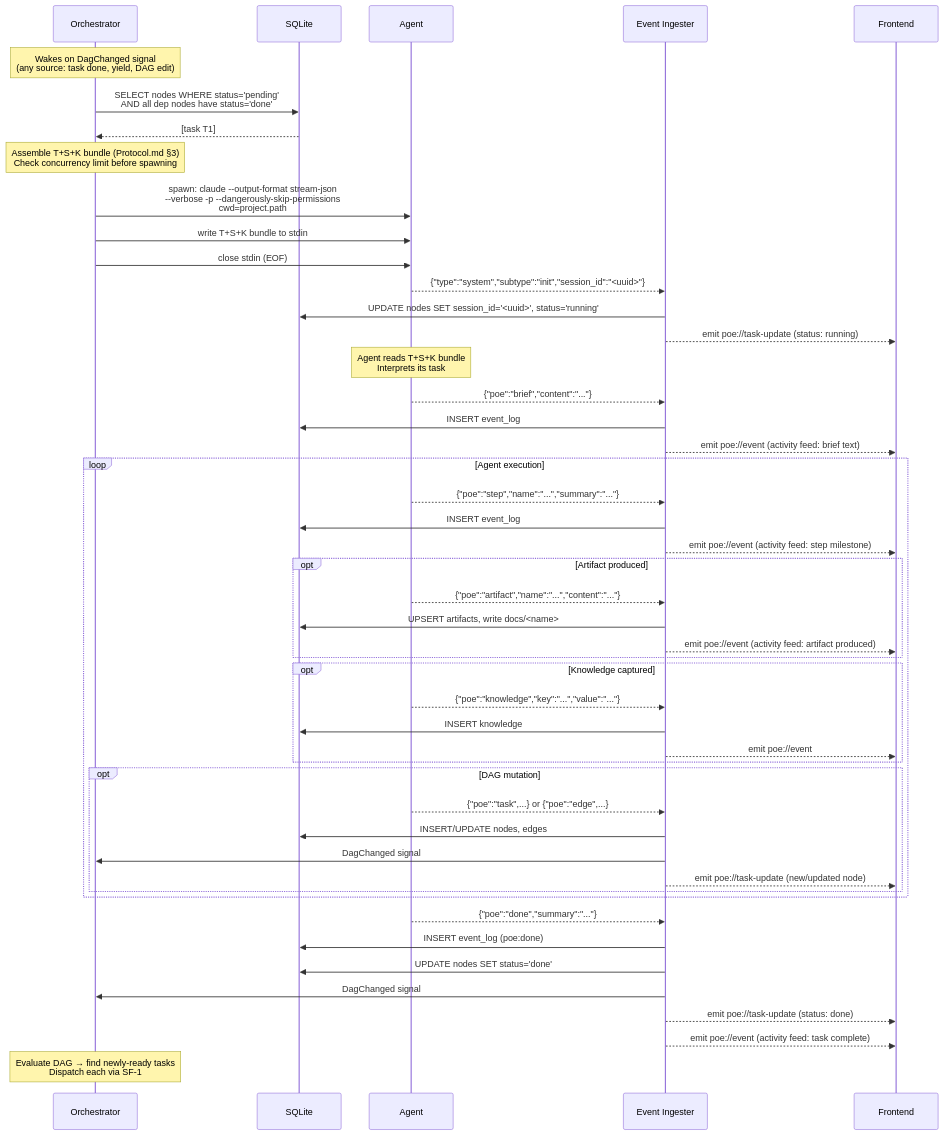
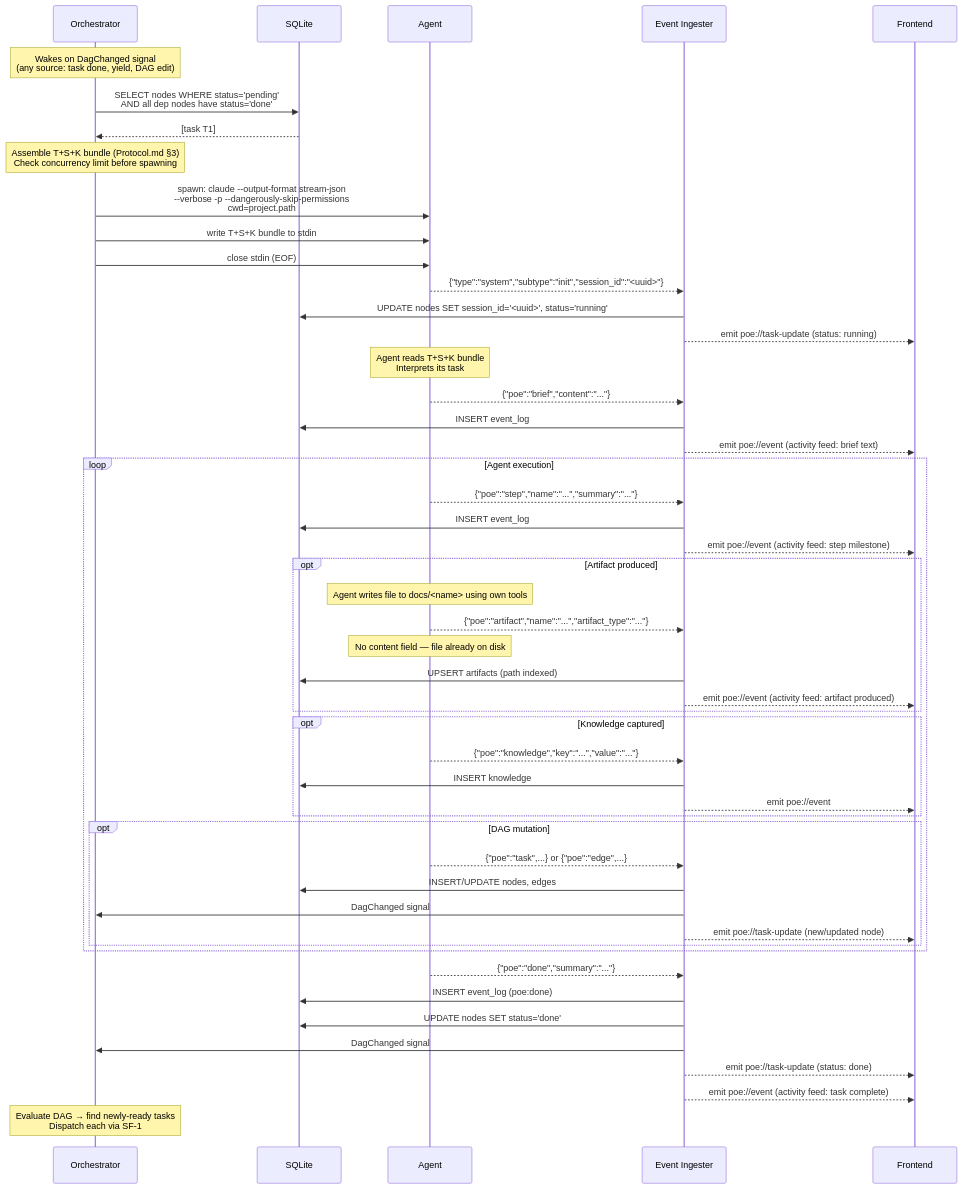
One commit to grant-traynor/bp6 changed the third of 10 diagrams in doc-POE/Flows.md. Above: the diagram before and after it, drawn with Mermaid. The commit also changed other lines of this file and 3 other files, not shown here.

````diff
--- a/doc-POE/Flows.md
+++ b/doc-POE/Flows.md
@@ -520,63 +521,65 @@
 ```mermaid
 sequenceDiagram
     participant Orch as Orchestrator
     participant DB as SQLite
     participant A as Agent
     participant Ing as Event Ingester
     participant FE as Frontend
 
     Note over Orch: Wakes on DagChanged signal<br/>(any source: task done, yield, DAG edit)
 
     Orch->>DB: SELECT nodes WHERE status='pending'<br/>AND all dep nodes have status='done'
     DB-->>Orch: [task T1]
 
     Note over Orch: Assemble T+S+K bundle (Protocol.md §3)<br/>Check concurrency limit before spawning
 
     Orch->>A: spawn: claude --output-format stream-json<br/>--verbose -p --dangerously-skip-permissions<br/>cwd=project.path
     Orch->>A: write T+S+K bundle to stdin
     Orch->>A: close stdin (EOF)
 
     A-->>Ing: {"type":"system","subtype":"init","session_id":"<uuid>"}
     Ing->>DB: UPDATE nodes SET session_id='<uuid>', status='running'
     Ing-->>FE: emit poe://task-update (status: running)
 
     Note over A: Agent reads T+S+K bundle<br/>Interprets its task
 
     A-->>Ing: {"poe":"brief","content":"..."}
     Ing->>DB: INSERT event_log
     Ing-->>FE: emit poe://event (activity feed: brief text)
 
     loop Agent execution
         A-->>Ing: {"poe":"step","name":"...","summary":"..."}
         Ing->>DB: INSERT event_log
         Ing-->>FE: emit poe://event (activity feed: step milestone)
 
         opt Artifact produced
-            A-->>Ing: {"poe":"artifact","name":"...","content":"..."}
-            Ing->>DB: UPSERT artifacts, write docs/<name>
+            Note over A: Agent writes file to docs/<name> using own tools
+            A-->>Ing: {"poe":"artifact","name":"...","artifact_type":"..."}
+            Note over A: No content field — file already on disk
+            Ing->>DB: UPSERT artifacts (path indexed)
             Ing-->>FE: emit poe://event (activity feed: artifact produced)
         end
 
         opt Knowledge captured
             A-->>Ing: {"poe":"knowledge","key":"...","value":"..."}
             Ing->>DB: INSERT knowledge
             Ing-->>FE: emit poe://event
         end
 
         opt DAG mutation
             A-->>Ing: {"poe":"task",...} or {"poe":"edge",...}
             Ing->>DB: INSERT/UPDATE nodes, edges
             Ing->>Orch: DagChanged signal
             Ing-->>FE: emit poe://task-update (new/updated node)
         end
     end
 
     A-->>Ing: {"poe":"done","summary":"..."}
     Ing->>DB: INSERT event_log (poe:done)
     Ing->>DB: UPDATE nodes SET status='done'
     Ing->>Orch: DagChanged signal
     Ing-->>FE: emit poe://task-update (status: done)
     Ing-->>FE: emit poe://event (activity feed: task complete)
 
     Note over Orch: Evaluate DAG → find newly-ready tasks<br/>Dispatch each via SF-1
 ```
````
